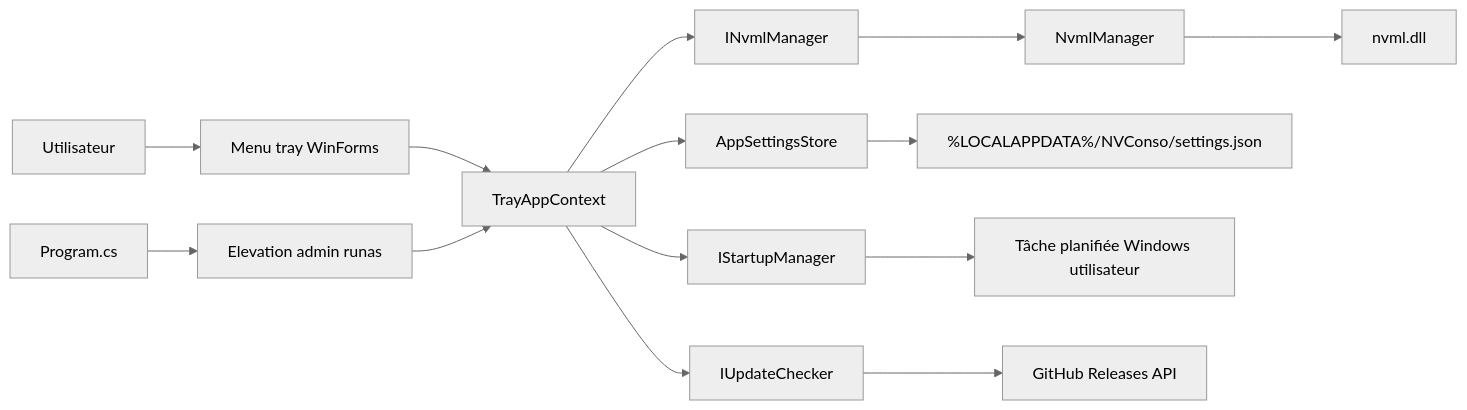
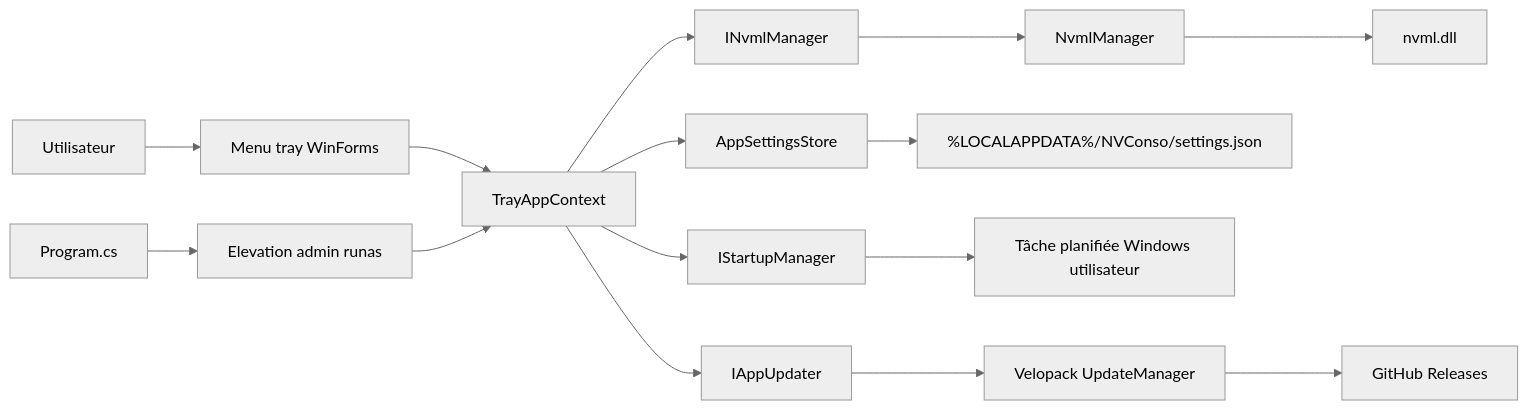
One commit to arnaud-wissart-lab/NVConso changed the diagram in README.md. Above: the diagram before and after it, drawn with Mermaid (neutral theme). The commit also changed other lines of this file and 24 other files, not shown here.

````diff
--- a/README.md
+++ b/README.md
@@ -35,16 +65,17 @@
 ```mermaid
 flowchart LR
   A[Utilisateur] --> B[Menu tray WinForms]
   B --> C[TrayAppContext]
   C --> D[INvmlManager]
   D --> E[NvmlManager]
   E --> F[nvml.dll]
   C --> G[AppSettingsStore]
   G --> H[%LOCALAPPDATA%/NVConso/settings.json]
   I[Program.cs] --> J[Elevation admin runas]
   J --> C
   C --> K[IStartupManager]
   K --> L["Tâche planifiée Windows utilisateur"]
-  C --> M[IUpdateChecker]
-  M --> N[GitHub Releases API]
+  C --> M[IAppUpdater]
+  M --> N[Velopack UpdateManager]
+  N --> O[GitHub Releases]
 ```
````
